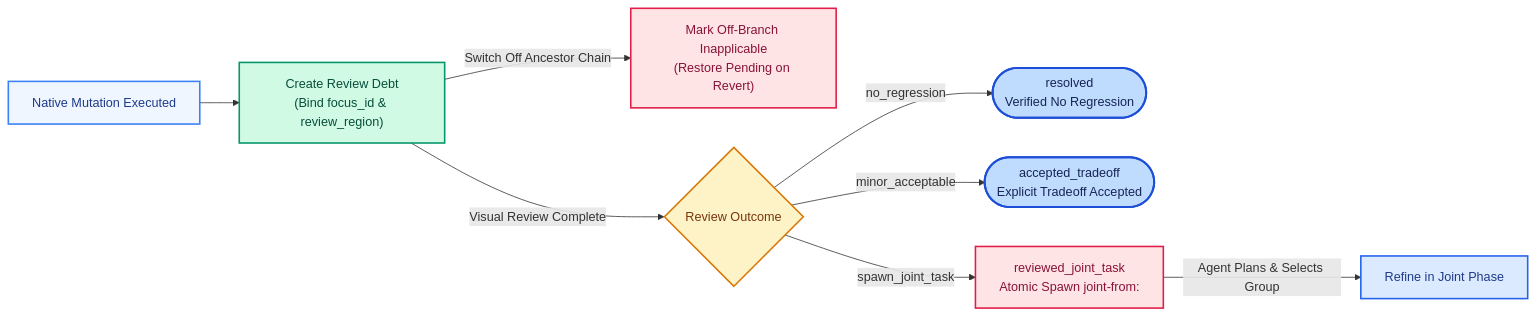
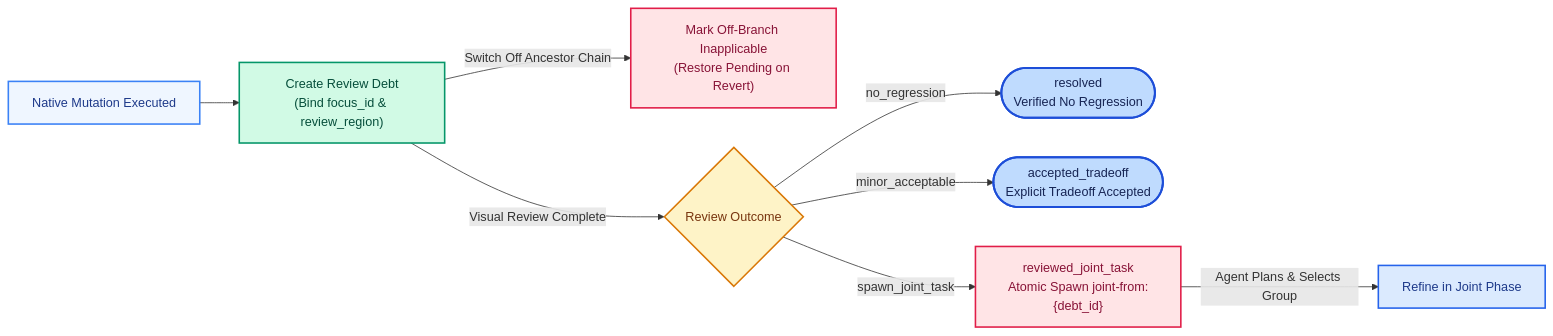
Before and after one commit to ARCHIC001/RetouchAgain: the diagram in docs/memory-review-v20.md, drawn with Mermaid. The commit also changed other lines of this file and 1 other file, not shown here.

Commit message:
Update project documentation

````diff
--- a/docs/memory-review-v20.md
+++ b/docs/memory-review-v20.md
@@ -26,17 +26,17 @@
 ```mermaid
 flowchart LR
     classDef flowStart fill:#eff6ff,stroke:#3b82f6,color:#1e3a8a,stroke-width:2px
     classDef flowMid fill:#dbeafe,stroke:#2563eb,color:#1e3a8a,stroke-width:2px
     classDef flowEnd fill:#bfdbfe,stroke:#1d4ed8,color:#172554,stroke-width:2.5px
     classDef origMemory fill:#d1fae5,stroke:#059669,color:#064e3b,stroke-width:2px
     classDef origVisual fill:#fef3c7,stroke:#d97706,color:#78350f,stroke-width:2px
     classDef origGuard fill:#ffe4e6,stroke:#e11d48,color:#881337,stroke-width:2px
 
     Op["Native Mutation Executed"]:::flowStart --> Debt["Create Review Debt<br/>(Bind focus_id & review_region)"]:::origMemory
     Debt -->|"Switch Off Ancestor Chain"| Off["Mark Off-Branch Inapplicable<br/>(Restore Pending on Revert)"]:::origGuard
     Debt -->|"Visual Review Complete"| Eval{"Review Outcome"}:::origVisual
     Eval -->|"no_regression"| Res(["resolved<br/>Verified No Regression"]):::flowEnd
     Eval -->|"minor_acceptable"| Trade(["accepted_tradeoff<br/>Explicit Tradeoff Accepted"]):::flowEnd
-    Eval -->|"spawn_joint_task"| Joint["reviewed_joint_task<br/>Atomic Spawn joint-from:<debt_id>"]:::origGuard
+    Eval -->|"spawn_joint_task"| Joint["reviewed_joint_task<br/>Atomic Spawn joint-from:{debt_id}"]:::origGuard
     Joint -->|"Agent Plans & Selects Group"| Exec["Refine in Joint Phase"]:::flowMid
 ```
````
